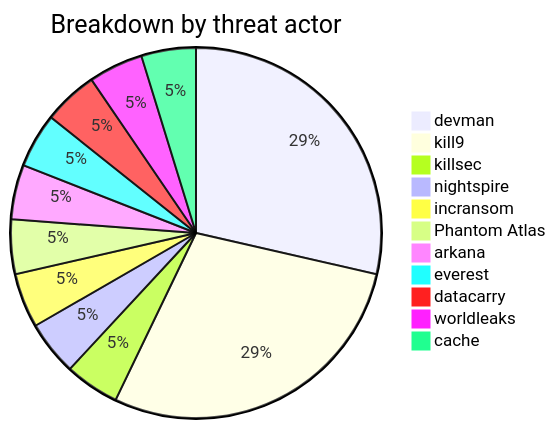
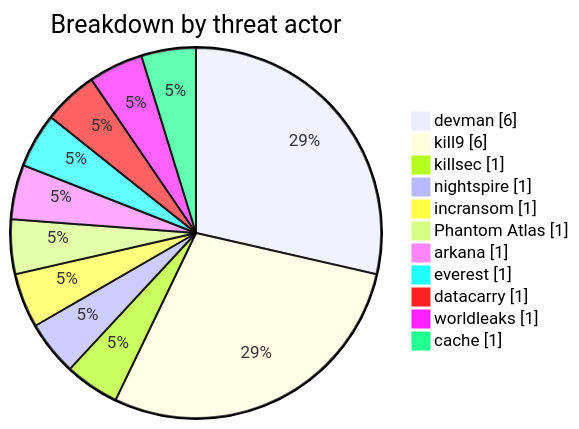
One commit to Hatchepsoute/AFRINTEL changed the first of 6 diagrams in CyberAttackAfrica/2025/05-may/README.md. Above: the diagram before and after it, drawn with Mermaid. The commit also changed other lines of this file and 182 other files, not shown here.

````diff
--- a/CyberAttackAfrica/2025/05-may/README.md
+++ b/CyberAttackAfrica/2025/05-may/README.md
@@ -35,14 +37,15 @@
 ```mermaid
-pie title Breakdown by threat actor
+pie showData
+    title Breakdown by threat actor
     "devman" : 6
     "kill9" : 6
     "killsec" : 1
     "nightspire" : 1
     "incransom" : 1
     "Phantom Atlas" : 1
     "arkana" : 1
     "everest" : 1
     "datacarry" : 1
     "worldleaks" : 1
     "cache" : 1
 ```
````
